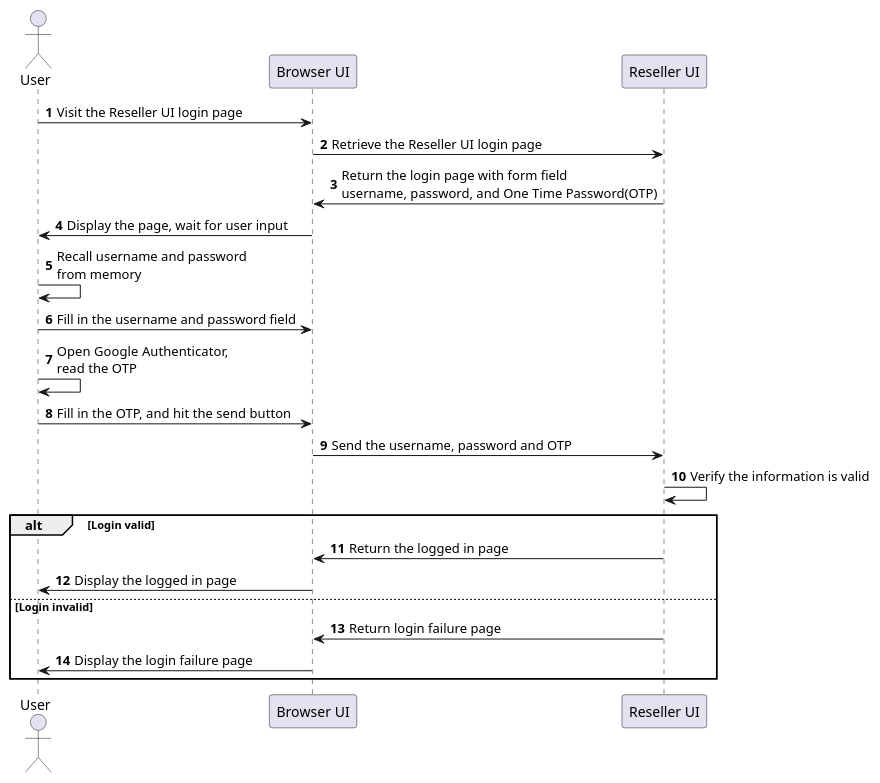
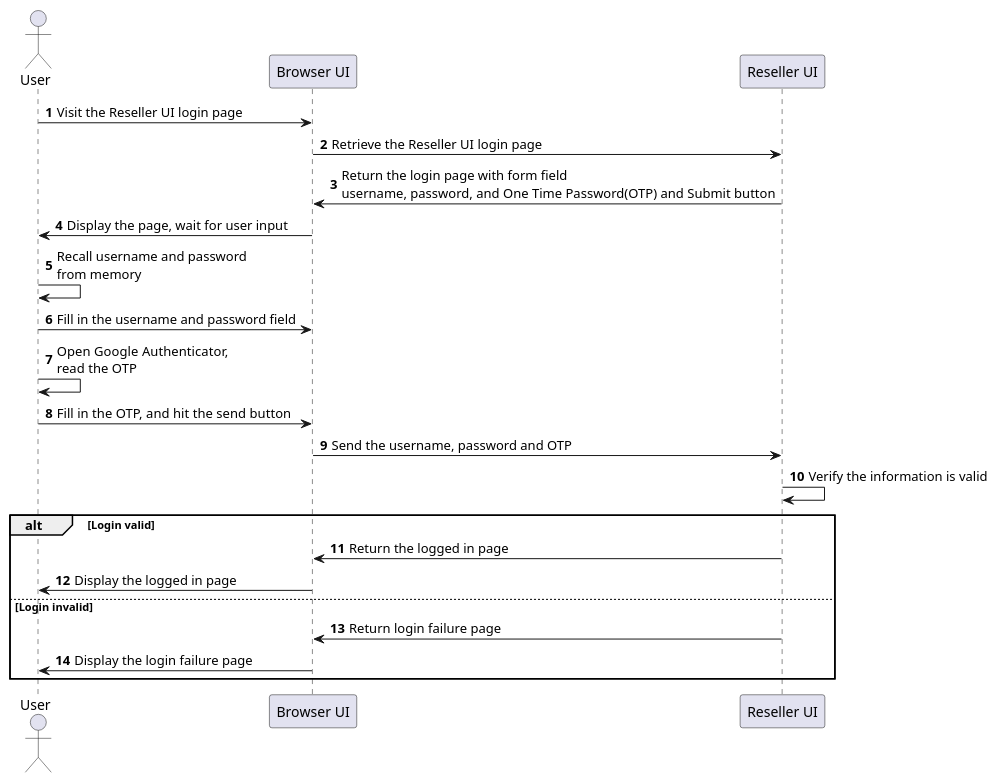
Before and after one commit to alladin7000/alladin7000.github.io: the diagram in diagrams/otp.puml, drawn with PlantUML.

```diff
--- a/diagrams/otp.puml
+++ b/diagrams/otp.puml
@@ -1,25 +1,25 @@
 @startuml
 autonumber
 
 actor User as user
 participant "Browser UI" as browser
 participant "Reseller UI" as reseller_ui
 
 user -> browser : Visit the Reseller UI login page
 browser -> reseller_ui : Retrieve the Reseller UI login page
-browser <- reseller_ui : Return the login page with form field \nusername, password, and One Time Password(OTP)
+browser <- reseller_ui : Return the login page with form field \nusername, password, and One Time Password(OTP) and Submit button
 user <- browser : Display the page, wait for user input
 user -> user: Recall username and password \nfrom memory
 user -> browser : Fill in the username and password field
 user -> user: Open Google Authenticator, \nread the OTP
 user -> browser : Fill in the OTP, and hit the send button
 browser -> reseller_ui : Send the username, password and OTP
 reseller_ui -> reseller_ui : Verify the information is valid
 alt Login valid
     browser <- reseller_ui : Return the logged in page
     user <- browser : Display the logged in page
 else Login invalid
     browser <- reseller_ui : Return login failure page
     user <- browser : Display the login failure page
 end
 @enduml
```
